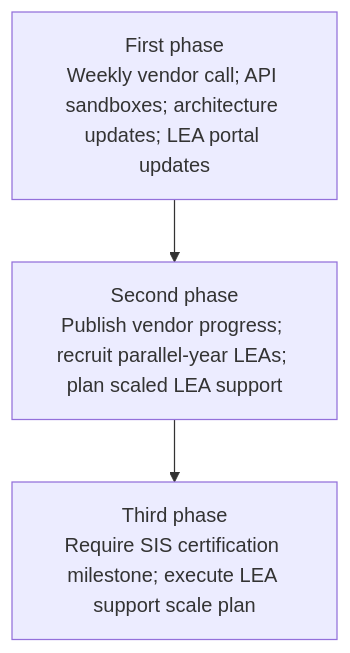
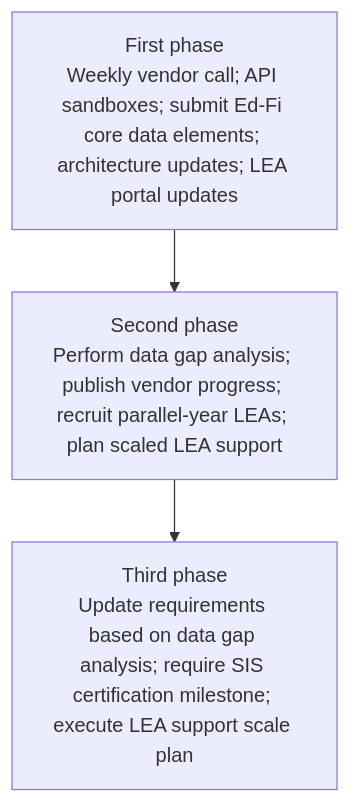
Before and after one commit to Ed-Fi-Alliance-OSS/ed-fi-alliance-oss.github.io: the sixth of 10 diagrams in docs/getting-started/sea-playbook/ed-fi-overview-and-implementation-playbook.md, drawn with Mermaid. The commit also changed other lines of this file, not shown here.

````diff
--- a/docs/getting-started/sea-playbook/ed-fi-overview-and-implementation-playbook.md
+++ b/docs/getting-started/sea-playbook/ed-fi-overview-and-implementation-playbook.md
@@ -266,7 +381,7 @@
 ```mermaid
 flowchart TD
-  A["First phase<br/>Weekly vendor call; API sandboxes; architecture updates; LEA portal updates"]
-  B["Second phase<br/>Publish vendor progress; recruit parallel-year LEAs; plan scaled LEA support"]
-  C["Third phase<br/>Require SIS certification milestone; execute LEA support scale plan"]
+  A["First phase<br/>Weekly vendor call; API sandboxes; submit Ed-Fi core data elements; architecture updates; LEA portal updates"]
+  B["Second phase<br/>Perform data gap analysis; publish vendor progress; recruit parallel-year LEAs; plan scaled LEA support"]
+  C["Third phase<br/>Update requirements based on data gap analysis; require SIS certification milestone; execute LEA support scale plan"]
   A --> B --> C
 ```
````
